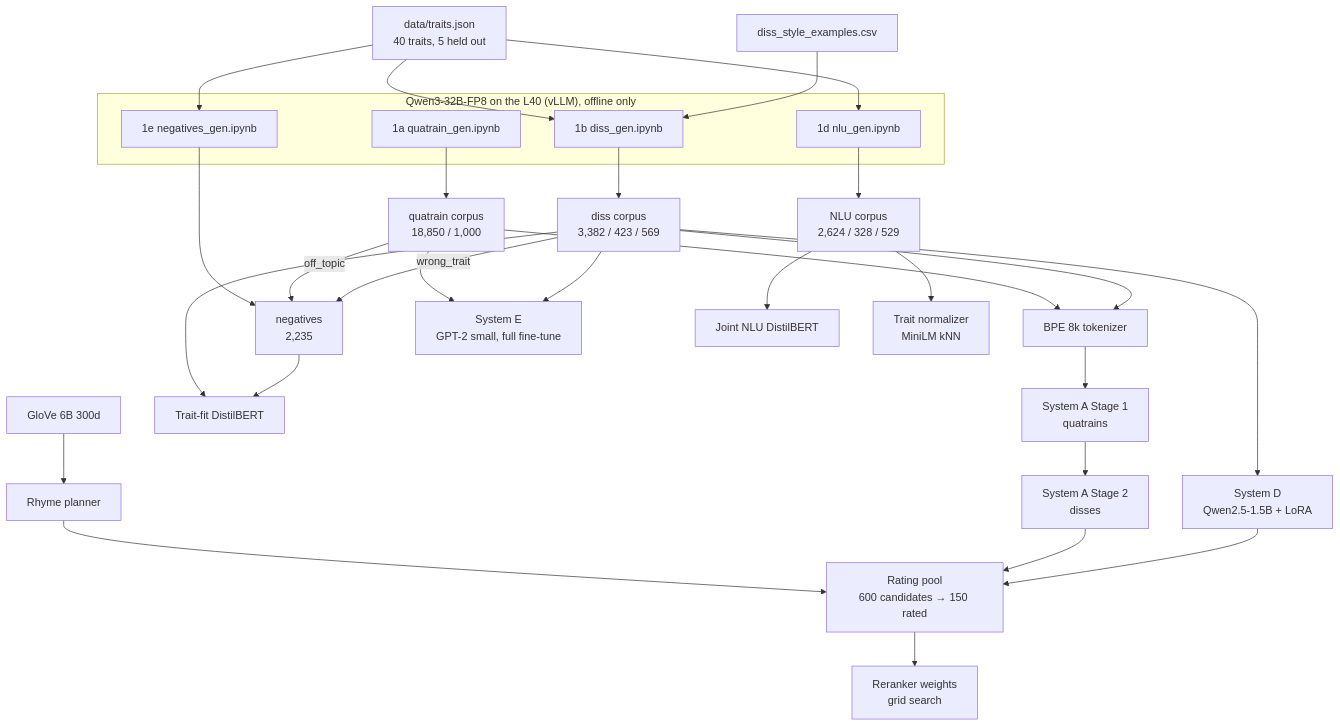
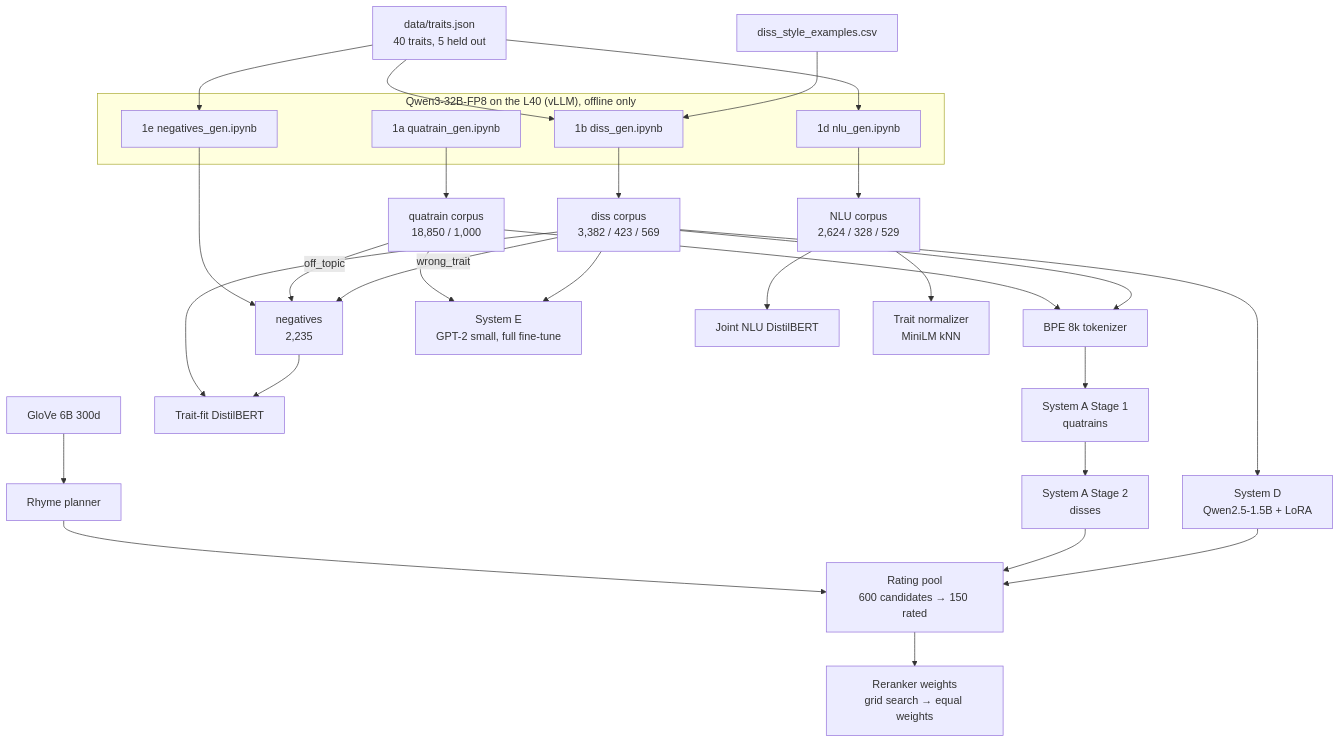
Before and after one commit to SchoolWork-awork2103/CS425-Project: the second of 3 diagrams in ARCHITECTURE.md, drawn with Mermaid. The commit also changed other lines of this file and 1 other file, not shown here.

````diff
--- a/ARCHITECTURE.md
+++ b/ARCHITECTURE.md
@@ -38,28 +39,28 @@
 ```mermaid
 flowchart TB
     subgraph LLM["Qwen3-32B-FP8 on the L40 (vLLM), offline only"]
         Q1a[1a quatrain_gen.ipynb]
         Q1b[1b diss_gen.ipynb]
         Q1d[1d nlu_gen.ipynb]
         Q1e[1e negatives_gen.ipynb]
     end
     T[data/traits.json<br/>40 traits, 5 held out] --> Q1b & Q1d & Q1e
     CSV[diss_style_examples.csv] --> Q1b
     Q1a --> C1a[quatrain corpus<br/>18,850 / 1,000]
     Q1b --> C1b[diss corpus<br/>3,382 / 423 / 569]
     Q1d --> C1d[NLU corpus<br/>2,624 / 328 / 529]
     Q1e --> C1e[negatives<br/>2,235]
     C1a -->|off_topic| C1e
     C1b -->|wrong_trait| C1e
 
     C1a & C1b --> TOK[BPE 8k tokenizer]
     TOK --> A1[System A Stage 1<br/>quatrains] --> A2[System A Stage 2<br/>disses]
     C1b --> D[System D<br/>Qwen2.5-1.5B + LoRA]
     C1a & C1b --> E[System E<br/>GPT-2 small, full fine-tune]
     C1b & C1e --> TF[Trait-fit DistilBERT]
     C1d --> NLUM[Joint NLU DistilBERT]
     C1d --> NORM[Trait normalizer<br/>MiniLM kNN]
     GLOVE[GloVe 6B 300d] --> PLAN[Rhyme planner]
     PLAN & A2 & D --> POOL[Rating pool<br/>600 candidates → 150 rated]
-    POOL --> W[Reranker weights<br/>grid search]
+    POOL --> W[Reranker weights<br/>grid search → equal weights]
 ```
````
